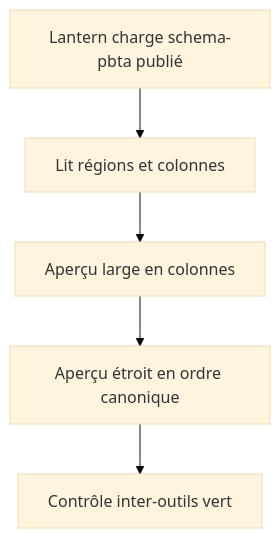
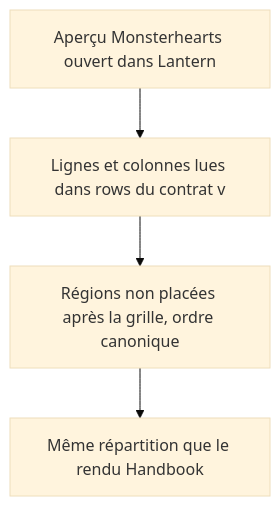
One commit to RebelliousSmile/obsidian-handbook changed the first of 2 diagrams in aidd_docs/tasks/2026_09/2026_09_21_contract-declared-layout-regions/phase-3.md. Above: the diagram before and after it, drawn with Mermaid (base theme). The commit also changed other lines of this file and 11 other files, not shown here.

````diff
--- a/aidd_docs/tasks/2026_09/2026_09_21_contract-declared-layout-regions/phase-3.md
+++ b/aidd_docs/tasks/2026_09/2026_09_21_contract-declared-layout-regions/phase-3.md
@@ -29,7 +21,6 @@
 ```mermaid
 flowchart TD
-  A[Lantern charge schema-pbta publié] --> B[Lit régions et colonnes]
-  B --> C[Aperçu large en colonnes]
-  C --> D[Aperçu étroit en ordre canonique]
-  D --> E[Contrôle inter-outils vert]
+  A[Aperçu Monsterhearts ouvert dans Lantern] --> B[Lignes et colonnes lues dans rows du contrat v<N+1>]
+  B --> C[Régions non placées après la grille, ordre canonique]
+  C --> D[Même répartition que le rendu Handbook]
 ```
````
